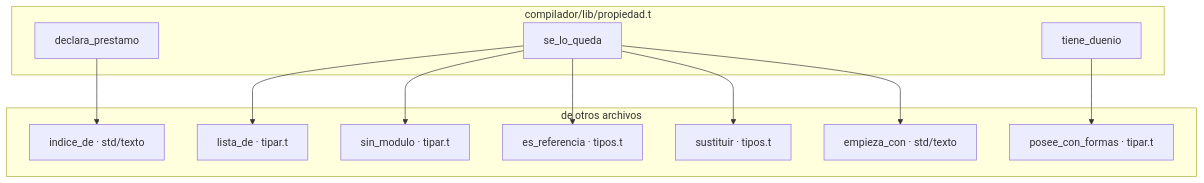
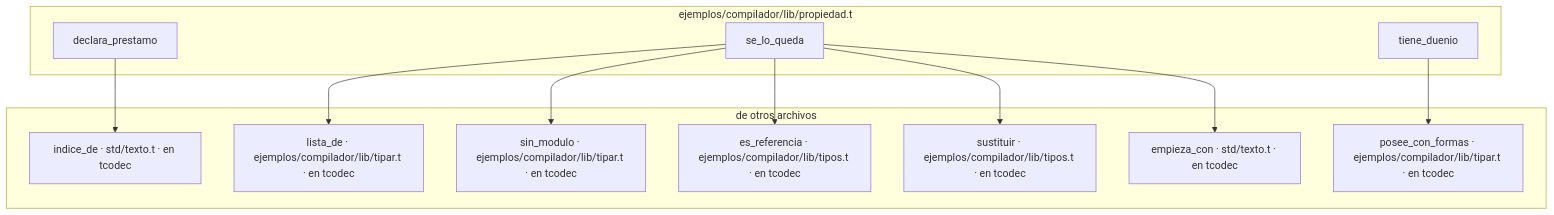
Before and after one commit to NTellezM/tcode: the tenth of 44 diagrams in docs/grafo-funciones.md, drawn with Mermaid. The commit also changed other lines of this file and 5 other files, not shown here.

````diff
--- a/docs/grafo-funciones.md
+++ b/docs/grafo-funciones.md
@@ -1289,25 +1380,25 @@
 ```mermaid
 graph TD
-    subgraph compilador_lib_propiedad["compilador/lib/propiedad.t"]
-        compilador_lib_propiedad__declara_prestamo["declara_prestamo"]
-        compilador_lib_propiedad__se_lo_queda["se_lo_queda"]
-        compilador_lib_propiedad__tiene_duenio["tiene_duenio"]
+    subgraph ejemplos_compilador_lib_propiedad["ejemplos/compilador/lib/propiedad.t"]
+        ejemplos_compilador_lib_propiedad__declara_prestamo["declara_prestamo"]
+        ejemplos_compilador_lib_propiedad__se_lo_queda["se_lo_queda"]
+        ejemplos_compilador_lib_propiedad__tiene_duenio["tiene_duenio"]
     end
     subgraph fuera["de otros archivos"]
-        compilador_lib_tipar__lista_de["lista_de · tipar.t"]
-        compilador_lib_tipar__posee_con_formas["posee_con_formas · tipar.t"]
-        compilador_lib_tipar__sin_modulo["sin_modulo · tipar.t"]
-        compilador_lib_tipos__es_referencia["es_referencia · tipos.t"]
-        compilador_lib_tipos__sustituir["sustituir · tipos.t"]
-        std_texto__empieza_con["empieza_con · std/texto"]
-        std_texto__indice_de["indice_de · std/texto"]
+        ejemplos_compilador_lib_tipar__lista_de["lista_de · ejemplos/compilador/lib/tipar.t · en tcodec"]
+        ejemplos_compilador_lib_tipar__posee_con_formas["posee_con_formas · ejemplos/compilador/lib/tipar.t · en tcodec"]
+        ejemplos_compilador_lib_tipar__sin_modulo["sin_modulo · ejemplos/compilador/lib/tipar.t · en tcodec"]
+        ejemplos_compilador_lib_tipos__es_referencia["es_referencia · ejemplos/compilador/lib/tipos.t · en tcodec"]
+        ejemplos_compilador_lib_tipos__sustituir["sustituir · ejemplos/compilador/lib/tipos.t · en tcodec"]
+        std_texto__empieza_con["empieza_con · std/texto.t · en tcodec"]
+        std_texto__indice_de["indice_de · std/texto.t · en tcodec"]
     end
 
-    compilador_lib_propiedad__declara_prestamo --> std_texto__indice_de
-    compilador_lib_propiedad__se_lo_queda --> compilador_lib_tipar__lista_de
-    compilador_lib_propiedad__se_lo_queda --> compilador_lib_tipar__sin_modulo
-    compilador_lib_propiedad__se_lo_queda --> compilador_lib_tipos__es_referencia
-    compilador_lib_propiedad__se_lo_queda --> compilador_lib_tipos__sustituir
-    compilador_lib_propiedad__se_lo_queda --> std_texto__empieza_con
-    compilador_lib_propiedad__tiene_duenio --> compilador_lib_tipar__posee_con_formas
+    ejemplos_compilador_lib_propiedad__declara_prestamo --> std_texto__indice_de
+    ejemplos_compilador_lib_propiedad__se_lo_queda --> ejemplos_compilador_lib_tipar__lista_de
+    ejemplos_compilador_lib_propiedad__se_lo_queda --> ejemplos_compilador_lib_tipar__sin_modulo
+    ejemplos_compilador_lib_propiedad__se_lo_queda --> ejemplos_compilador_lib_tipos__es_referencia
+    ejemplos_compilador_lib_propiedad__se_lo_queda --> ejemplos_compilador_lib_tipos__sustituir
+    ejemplos_compilador_lib_propiedad__se_lo_queda --> std_texto__empieza_con
+    ejemplos_compilador_lib_propiedad__tiene_duenio --> ejemplos_compilador_lib_tipar__posee_con_formas
 ```
````
